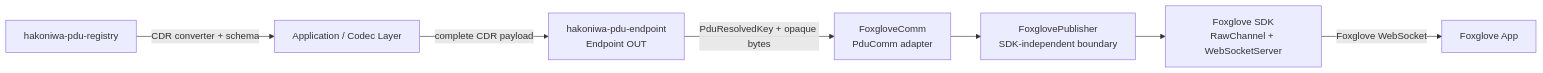
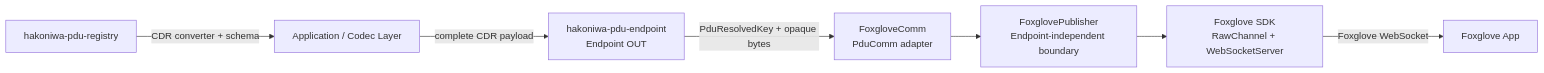
Before and after one commit to hakoniwalab/hakoniwa-pdu-foxglove: the diagram in README.md, drawn with Mermaid.

Commit message:
docs: clarify Foxglove publisher boundary

````diff
--- a/README.md
+++ b/README.md
@@ -51,17 +51,17 @@
 ```mermaid
 flowchart LR
     APP[Application / Codec Layer]
     REG[hakoniwa-pdu-registry]
     EP[hakoniwa-pdu-endpoint\nEndpoint OUT]
     COM[FoxgloveComm\nPduComm adapter]
-    PUB[FoxglovePublisher\nSDK-independent boundary]
+    PUB[FoxglovePublisher\nEndpoint-independent boundary]
     SDK[Foxglove SDK\nRawChannel + WebSocketServer]
     UI[Foxglove App]
 
     REG -->|CDR converter + schema| APP
     APP -->|complete CDR payload| EP
     EP -->|PduResolvedKey + opaque bytes| COM
     COM --> PUB
     PUB --> SDK
     SDK -->|Foxglove WebSocket| UI
 ```
````
